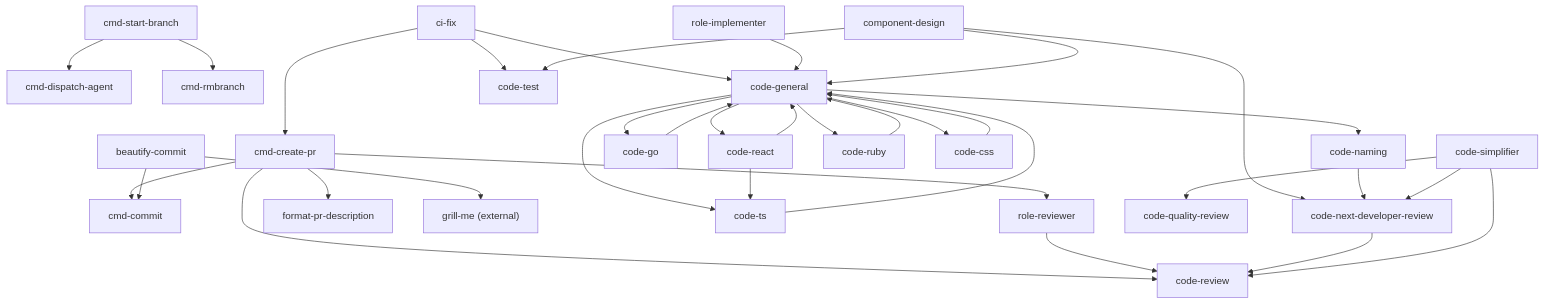
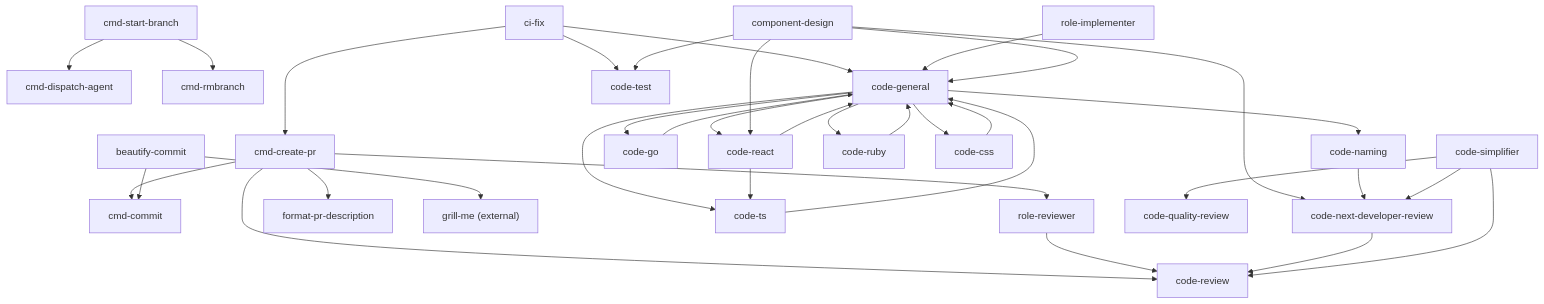
Before and after one commit to version-1/agents-docs: the diagram in docs/skill-dependency-map.md, drawn with Mermaid. The commit also changed other lines of this file and 2 other files, not shown here.

First line of the commit message:
docs: clarify component design and react skill roles

````diff
--- a/docs/skill-dependency-map.md
+++ b/docs/skill-dependency-map.md
@@ -130,45 +133,46 @@
 ```mermaid
 graph TD
     cmd_create_pr["cmd-create-pr"] --> cmd_commit["cmd-commit"]
     cmd_create_pr --> role_reviewer["role-reviewer"]
     cmd_create_pr --> code_review["code-review"]
     cmd_create_pr --> format_pr_description["format-pr-description"]
 
     cmd_start_branch["cmd-start-branch"] --> cmd_dispatch_agent["cmd-dispatch-agent"]
     cmd_start_branch --> cmd_rmbranch["cmd-rmbranch"]
 
     beautify_commit["beautify-commit"] --> cmd_commit
     beautify_commit --> grill_me["grill-me (external)"]
 
     ci_fix["ci-fix"] --> code_general
     ci_fix --> code_test["code-test"]
     ci_fix --> cmd_create_pr
 
     role_reviewer --> code_review
     role_implementer["role-implementer"] --> code_general["code-general"]
 
     code_general --> code_naming["code-naming"]
     code_general --> code_go["code-go"]
     code_general --> code_ts["code-ts"]
     code_general --> code_react["code-react"]
     code_general --> code_ruby["code-ruby"]
     code_general --> code_css["code-css"]
     code_go --> code_general
     code_ts --> code_general
     code_react --> code_general
     code_react --> code_ts
     code_ruby --> code_general
     code_css --> code_general
 
     component_design["component-design"] --> code_general
+    component_design --> code_react
     component_design --> code_test
     component_design --> code_next_dev["code-next-developer-review"]
 
     code_naming --> code_next_dev
 
     code_next_dev --> code_review
 
     code_simplifier["code-simplifier"] --> code_quality["code-quality-review"]
     code_simplifier --> code_review
     code_simplifier --> code_next_dev
 ```
````
